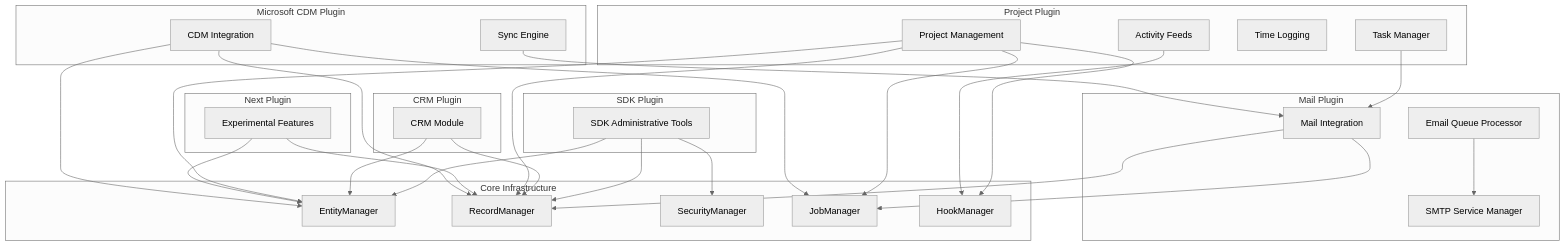
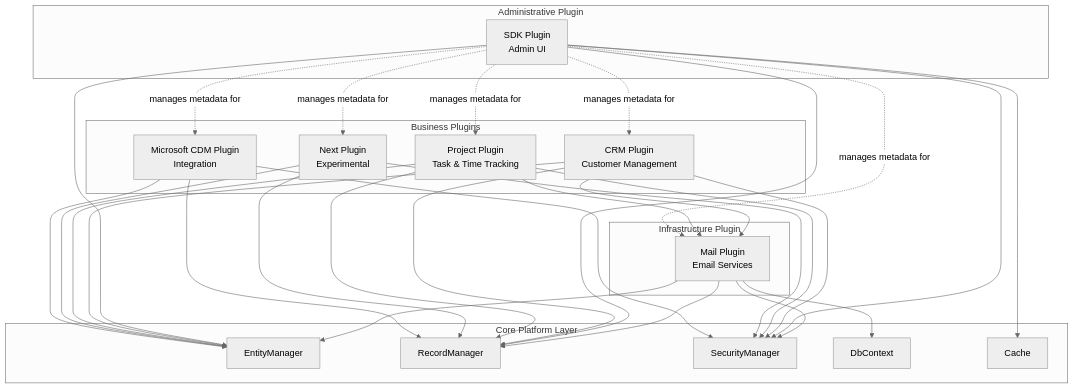
The third of 3 diagrams in docs/reverse-engineering/functional-overview.md (blitzy-public-samples/blitzy-WebVella-ERP), drawn with Mermaid (neutral theme) before and after one commit. The commit also changed other lines of this file, not shown here.

Commit message:
Update functional overview documentation with expanded module catalog and workflow details

````diff
--- a/docs/reverse-engineering/functional-overview.md
+++ b/docs/reverse-engineering/functional-overview.md
@@ -839,66 +2617,59 @@
 ```mermaid
 graph TB
-    subgraph "Core Infrastructure"
+    subgraph "Core Platform Layer"
         EntityMgr[EntityManager]
         RecordMgr[RecordManager]
         SecurityMgr[SecurityManager]
-        JobMgr[JobManager]
-        HookMgr[HookManager]
+        DbContext[DbContext]
+        Cache[Cache]
     end
     
-    subgraph "SDK Plugin"
-        SDKPlugin[SDK Administrative Tools]
+    subgraph "Infrastructure Plugin"
+        Mail[Mail Plugin<br/>Email Services]
     end
     
-    subgraph "Mail Plugin"
-        MailPlugin[Mail Integration]
-        SMTPService[SMTP Service Manager]
-        EmailQueue[Email Queue Processor]
+    subgraph "Administrative Plugin"
+        SDK[SDK Plugin<br/>Admin UI]
     end
     
-    subgraph "CRM Plugin"
-        CRMPlugin[CRM Module]
+    subgraph "Business Plugins"
+        CRM[CRM Plugin<br/>Customer Management]
+        Project[Project Plugin<br/>Task & Time Tracking]
+        Next[Next Plugin<br/>Experimental]
+        CDM[Microsoft CDM Plugin<br/>Integration]
     end
     
-    subgraph "Project Plugin"
-        ProjectPlugin[Project Management]
-        TaskMgr[Task Manager]
-        TimeLog[Time Logging]
-        ActivityFeed[Activity Feeds]
-    end
+    Mail --> EntityMgr
+    Mail --> RecordMgr
+    Mail --> SecurityMgr
+    Mail --> DbContext
     
-    subgraph "Next Plugin"
-        NextPlugin[Experimental Features]
-    end
+    SDK --> EntityMgr
+    SDK --> RecordMgr
+    SDK --> SecurityMgr
+    SDK --> Cache
     
-    subgraph "Microsoft CDM Plugin"
-        CDMPlugin[CDM Integration]
-        CDMSync[Sync Engine]
-    end
+    CRM --> EntityMgr
+    CRM --> RecordMgr
+    CRM --> SecurityMgr
+    CRM --> Mail
     
-    SDKPlugin --> EntityMgr
-    SDKPlugin --> RecordMgr
-    SDKPlugin --> SecurityMgr
+    Project --> EntityMgr
+    Project --> RecordMgr
+    Project --> SecurityMgr
+    Project --> Mail
     
-    MailPlugin --> RecordMgr
-    MailPlugin --> JobMgr
-    EmailQueue --> SMTPService
+    Next --> EntityMgr
+    Next --> RecordMgr
+    Next --> SecurityMgr
     
-    CRMPlugin --> EntityMgr
-    CRMPlugin --> RecordMgr
+    CDM --> EntityMgr
+    CDM --> RecordMgr
+    CDM --> SecurityMgr
     
-    ProjectPlugin --> EntityMgr
-    ProjectPlugin --> RecordMgr
-    ProjectPlugin --> JobMgr
-    ProjectPlugin --> HookMgr
-    TaskMgr --> MailPlugin
-    ActivityFeed --> HookMgr
-    
-    NextPlugin --> EntityMgr
-    NextPlugin --> RecordMgr
-    
-    CDMPlugin --> EntityMgr
-    CDMPlugin --> RecordMgr
-    CDMPlugin --> JobMgr
-    CDMSync --> MailPlugin
+    SDK -.manages metadata for.-> CRM
+    SDK -.manages metadata for.-> Project
+    SDK -.manages metadata for.-> Mail
+    SDK -.manages metadata for.-> Next
+    SDK -.manages metadata for.-> CDM
 ```
````
